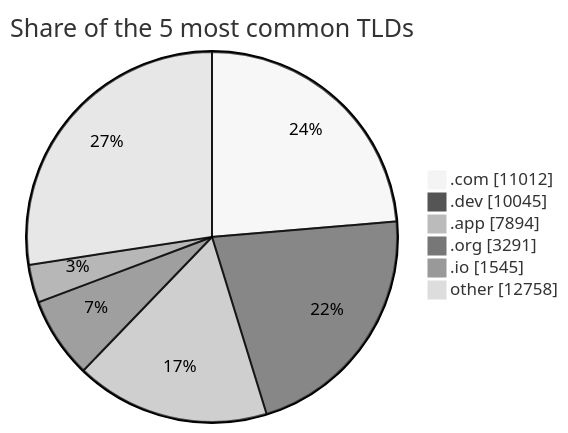
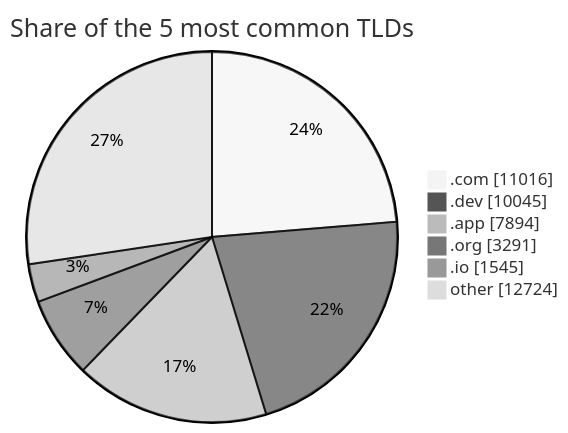
The third of 3 diagrams in README.md (DNSBunker/CTI), drawn with Mermaid (neutral theme) before and after one commit. The commit also changed other lines of this file and 3 other files, not shown here.

````diff
--- a/README.md
+++ b/README.md
@@ -81,9 +81,9 @@
 ```mermaid
 pie showData title Share of the 5 most common TLDs
-    ".com" : 11012
+    ".com" : 11016
     ".dev" : 10045
     ".app" : 7894
     ".org" : 3291
     ".io" : 1545
-    "other" : 12758
+    "other" : 12724
 ```
````
